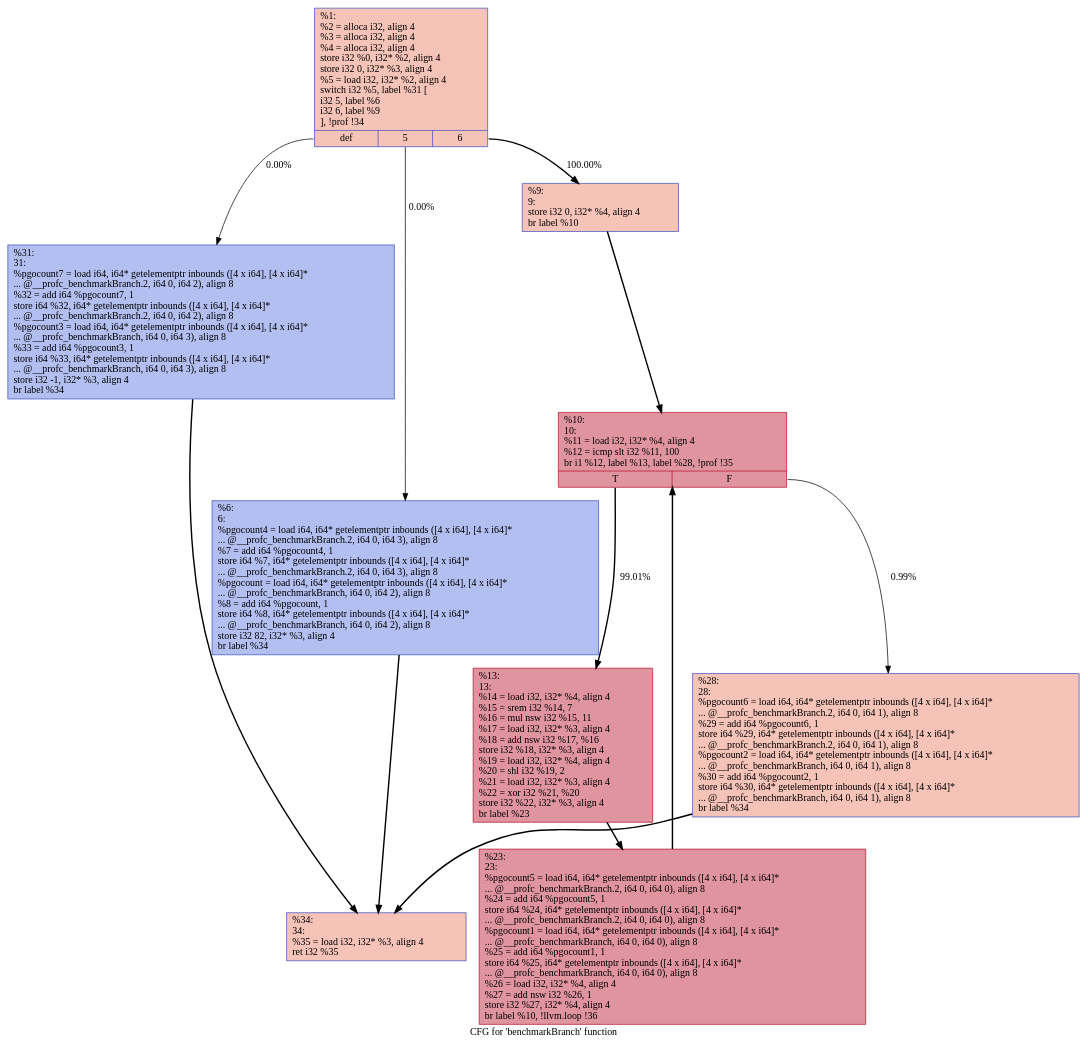
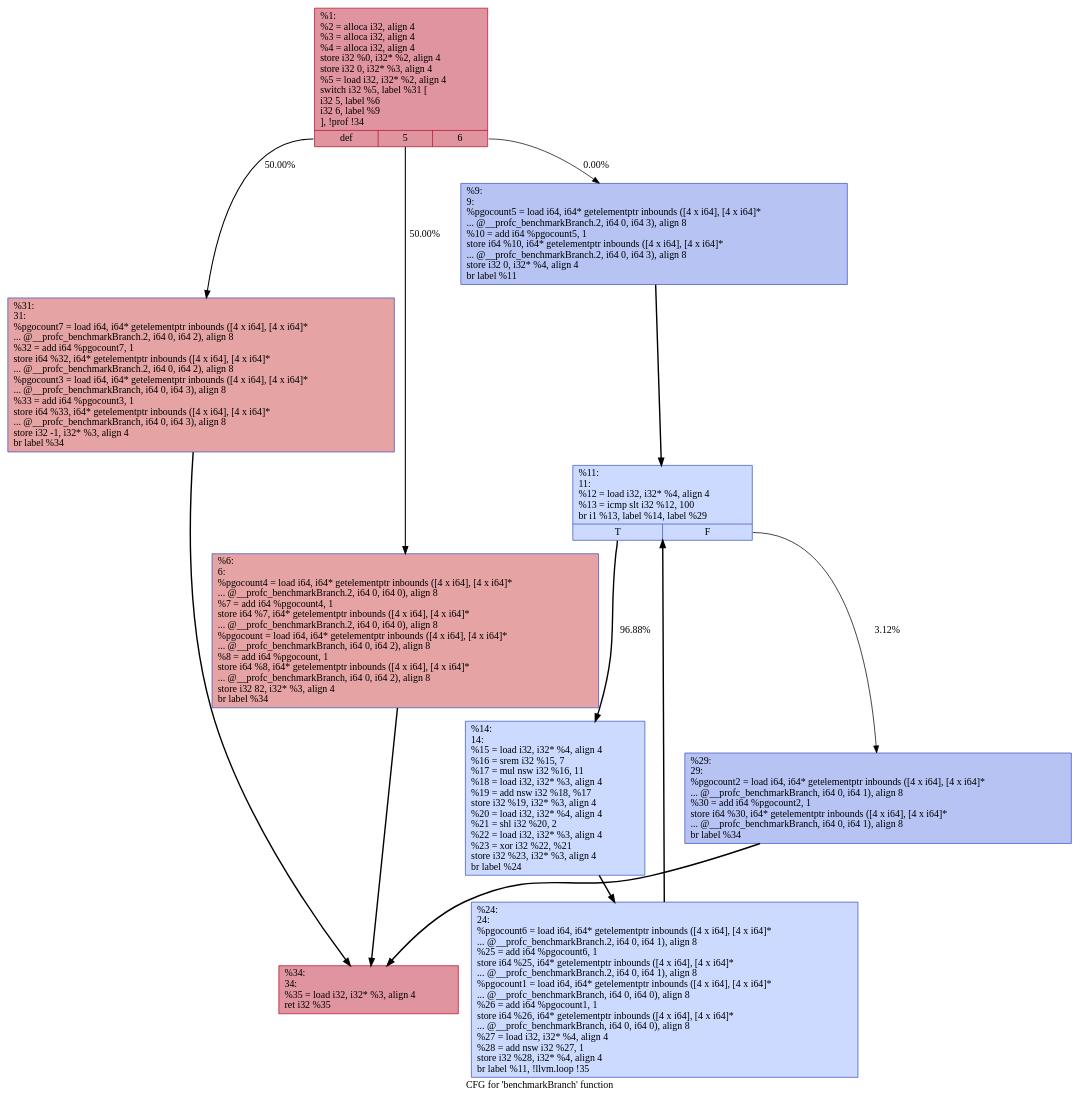
The diagram in benchmarks/correctness/dot/tmp/.benchmarkBranch.dot (rudrajyotiroy/mirrormaze), drawn with Graphviz before and after one commit. The commit also changed 7 other files, not shown here.

```diff
--- a/benchmarks/correctness/dot/tmp/.benchmarkBranch.dot
+++ b/benchmarks/correctness/dot/tmp/.benchmarkBranch.dot
@@ -1,24 +1,24 @@
 digraph "CFG for 'benchmarkBranch' function" {
 	label="CFG for 'benchmarkBranch' function";
 
-	Node0x55e2c4dbb130 [shape=record,color="#3d50c3ff", style=filled, fillcolor="#e8765c70",label="{%1:\l  %2 = alloca i32, align 4\l  %3 = alloca i32, align 4\l  %4 = alloca i32, align 4\l  store i32 %0, i32* %2, align 4\l  store i32 0, i32* %3, align 4\l  %5 = load i32, i32* %2, align 4\l  switch i32 %5, label %31 [\l    i32 5, label %6\l    i32 6, label %9\l  ], !prof !34\l|{<s0>def|<s1>5|<s2>6}}"];
-	Node0x55e2c4dbb130:s0 -> Node0x55e2c4dbb360[label="0.00%" penwidth=1.00];
-	Node0x55e2c4dbb130:s1 -> Node0x55e2c4dbb180[label="0.00%" penwidth=1.00];
-	Node0x55e2c4dbb130:s2 -> Node0x55e2c4dbb1d0[label="100.00%" penwidth=2.00];
-	Node0x55e2c4dbb180 [shape=record,color="#3d50c3ff", style=filled, fillcolor="#536edd70",label="{%6:\l6:                                                \l  %pgocount4 = load i64, i64* getelementptr inbounds ([4 x i64], [4 x i64]*\l... @__profc_benchmarkBranch.2, i64 0, i64 3), align 8\l  %7 = add i64 %pgocount4, 1\l  store i64 %7, i64* getelementptr inbounds ([4 x i64], [4 x i64]*\l... @__profc_benchmarkBranch.2, i64 0, i64 3), align 8\l  %pgocount = load i64, i64* getelementptr inbounds ([4 x i64], [4 x i64]*\l... @__profc_benchmarkBranch, i64 0, i64 2), align 8\l  %8 = add i64 %pgocount, 1\l  store i64 %8, i64* getelementptr inbounds ([4 x i64], [4 x i64]*\l... @__profc_benchmarkBranch, i64 0, i64 2), align 8\l  store i32 82, i32* %3, align 4\l  br label %34\l}"];
-	Node0x55e2c4dbb180 -> Node0x55e2c4dbb3b0[penwidth=2];
-	Node0x55e2c4dbb1d0 [shape=record,color="#3d50c3ff", style=filled, fillcolor="#e8765c70",label="{%9:\l9:                                                \l  store i32 0, i32* %4, align 4\l  br label %10\l}"];
-	Node0x55e2c4dbb1d0 -> Node0x55e2c4dbb220[penwidth=2];
-	Node0x55e2c4dbb220 [shape=record,color="#b70d28ff", style=filled, fillcolor="#b70d2870",label="{%10:\l10:                                               \l  %11 = load i32, i32* %4, align 4\l  %12 = icmp slt i32 %11, 100\l  br i1 %12, label %13, label %28, !prof !35\l|{<s0>T|<s1>F}}"];
-	Node0x55e2c4dbb220:s0 -> Node0x55e2c4dbb270[label="99.01%" penwidth=1.99];
-	Node0x55e2c4dbb220:s1 -> Node0x55e2c4dbb310[label="0.99%" penwidth=1.01];
-	Node0x55e2c4dbb270 [shape=record,color="#b70d28ff", style=filled, fillcolor="#b70d2870",label="{%13:\l13:                                               \l  %14 = load i32, i32* %4, align 4\l  %15 = srem i32 %14, 7\l  %16 = mul nsw i32 %15, 11\l  %17 = load i32, i32* %3, align 4\l  %18 = add nsw i32 %17, %16\l  store i32 %18, i32* %3, align 4\l  %19 = load i32, i32* %4, align 4\l  %20 = shl i32 %19, 2\l  %21 = load i32, i32* %3, align 4\l  %22 = xor i32 %21, %20\l  store i32 %22, i32* %3, align 4\l  br label %23\l}"];
-	Node0x55e2c4dbb270 -> Node0x55e2c4dbb2c0[penwidth=2];
-	Node0x55e2c4dbb2c0 [shape=record,color="#b70d28ff", style=filled, fillcolor="#b70d2870",label="{%23:\l23:                                               \l  %pgocount5 = load i64, i64* getelementptr inbounds ([4 x i64], [4 x i64]*\l... @__profc_benchmarkBranch.2, i64 0, i64 0), align 8\l  %24 = add i64 %pgocount5, 1\l  store i64 %24, i64* getelementptr inbounds ([4 x i64], [4 x i64]*\l... @__profc_benchmarkBranch.2, i64 0, i64 0), align 8\l  %pgocount1 = load i64, i64* getelementptr inbounds ([4 x i64], [4 x i64]*\l... @__profc_benchmarkBranch, i64 0, i64 0), align 8\l  %25 = add i64 %pgocount1, 1\l  store i64 %25, i64* getelementptr inbounds ([4 x i64], [4 x i64]*\l... @__profc_benchmarkBranch, i64 0, i64 0), align 8\l  %26 = load i32, i32* %4, align 4\l  %27 = add nsw i32 %26, 1\l  store i32 %27, i32* %4, align 4\l  br label %10, !llvm.loop !36\l}"];
-	Node0x55e2c4dbb2c0 -> Node0x55e2c4dbb220[penwidth=2];
-	Node0x55e2c4dbb310 [shape=record,color="#3d50c3ff", style=filled, fillcolor="#e8765c70",label="{%28:\l28:                                               \l  %pgocount6 = load i64, i64* getelementptr inbounds ([4 x i64], [4 x i64]*\l... @__profc_benchmarkBranch.2, i64 0, i64 1), align 8\l  %29 = add i64 %pgocount6, 1\l  store i64 %29, i64* getelementptr inbounds ([4 x i64], [4 x i64]*\l... @__profc_benchmarkBranch.2, i64 0, i64 1), align 8\l  %pgocount2 = load i64, i64* getelementptr inbounds ([4 x i64], [4 x i64]*\l... @__profc_benchmarkBranch, i64 0, i64 1), align 8\l  %30 = add i64 %pgocount2, 1\l  store i64 %30, i64* getelementptr inbounds ([4 x i64], [4 x i64]*\l... @__profc_benchmarkBranch, i64 0, i64 1), align 8\l  br label %34\l}"];
-	Node0x55e2c4dbb310 -> Node0x55e2c4dbb3b0[penwidth=2];
-	Node0x55e2c4dbb360 [shape=record,color="#3d50c3ff", style=filled, fillcolor="#536edd70",label="{%31:\l31:                                               \l  %pgocount7 = load i64, i64* getelementptr inbounds ([4 x i64], [4 x i64]*\l... @__profc_benchmarkBranch.2, i64 0, i64 2), align 8\l  %32 = add i64 %pgocount7, 1\l  store i64 %32, i64* getelementptr inbounds ([4 x i64], [4 x i64]*\l... @__profc_benchmarkBranch.2, i64 0, i64 2), align 8\l  %pgocount3 = load i64, i64* getelementptr inbounds ([4 x i64], [4 x i64]*\l... @__profc_benchmarkBranch, i64 0, i64 3), align 8\l  %33 = add i64 %pgocount3, 1\l  store i64 %33, i64* getelementptr inbounds ([4 x i64], [4 x i64]*\l... @__profc_benchmarkBranch, i64 0, i64 3), align 8\l  store i32 -1, i32* %3, align 4\l  br label %34\l}"];
-	Node0x55e2c4dbb360 -> Node0x55e2c4dbb3b0[penwidth=2];
-	Node0x55e2c4dbb3b0 [shape=record,color="#3d50c3ff", style=filled, fillcolor="#e8765c70",label="{%34:\l34:                                               \l  %35 = load i32, i32* %3, align 4\l  ret i32 %35\l}"];
+	Node0x55a2edcd3580 [shape=record,color="#b70d28ff", style=filled, fillcolor="#b70d2870",label="{%1:\l  %2 = alloca i32, align 4\l  %3 = alloca i32, align 4\l  %4 = alloca i32, align 4\l  store i32 %0, i32* %2, align 4\l  store i32 0, i32* %3, align 4\l  %5 = load i32, i32* %2, align 4\l  switch i32 %5, label %31 [\l    i32 5, label %6\l    i32 6, label %9\l  ], !prof !34\l|{<s0>def|<s1>5|<s2>6}}"];
+	Node0x55a2edcd3580:s0 -> Node0x55a2edcd37b0[label="50.00%" penwidth=1.50];
+	Node0x55a2edcd3580:s1 -> Node0x55a2edcd35d0[label="50.00%" penwidth=1.50];
+	Node0x55a2edcd3580:s2 -> Node0x55a2edcd3620[label="0.00%" penwidth=1.00];
+	Node0x55a2edcd35d0 [shape=record,color="#3d50c3ff", style=filled, fillcolor="#c32e3170",label="{%6:\l6:                                                \l  %pgocount4 = load i64, i64* getelementptr inbounds ([4 x i64], [4 x i64]*\l... @__profc_benchmarkBranch.2, i64 0, i64 0), align 8\l  %7 = add i64 %pgocount4, 1\l  store i64 %7, i64* getelementptr inbounds ([4 x i64], [4 x i64]*\l... @__profc_benchmarkBranch.2, i64 0, i64 0), align 8\l  %pgocount = load i64, i64* getelementptr inbounds ([4 x i64], [4 x i64]*\l... @__profc_benchmarkBranch, i64 0, i64 2), align 8\l  %8 = add i64 %pgocount, 1\l  store i64 %8, i64* getelementptr inbounds ([4 x i64], [4 x i64]*\l... @__profc_benchmarkBranch, i64 0, i64 2), align 8\l  store i32 82, i32* %3, align 4\l  br label %34\l}"];
+	Node0x55a2edcd35d0 -> Node0x55a2edcd3800[penwidth=2];
+	Node0x55a2edcd3620 [shape=record,color="#3d50c3ff", style=filled, fillcolor="#5977e370",label="{%9:\l9:                                                \l  %pgocount5 = load i64, i64* getelementptr inbounds ([4 x i64], [4 x i64]*\l... @__profc_benchmarkBranch.2, i64 0, i64 3), align 8\l  %10 = add i64 %pgocount5, 1\l  store i64 %10, i64* getelementptr inbounds ([4 x i64], [4 x i64]*\l... @__profc_benchmarkBranch.2, i64 0, i64 3), align 8\l  store i32 0, i32* %4, align 4\l  br label %11\l}"];
+	Node0x55a2edcd3620 -> Node0x55a2edcd3670[penwidth=2];
+	Node0x55a2edcd3670 [shape=record,color="#3d50c3ff", style=filled, fillcolor="#88abfd70",label="{%11:\l11:                                               \l  %12 = load i32, i32* %4, align 4\l  %13 = icmp slt i32 %12, 100\l  br i1 %13, label %14, label %29\l|{<s0>T|<s1>F}}"];
+	Node0x55a2edcd3670:s0 -> Node0x55a2edcd36c0[label="96.88%" penwidth=1.97];
+	Node0x55a2edcd3670:s1 -> Node0x55a2edcd3760[label="3.12%" penwidth=1.03];
+	Node0x55a2edcd36c0 [shape=record,color="#3d50c3ff", style=filled, fillcolor="#88abfd70",label="{%14:\l14:                                               \l  %15 = load i32, i32* %4, align 4\l  %16 = srem i32 %15, 7\l  %17 = mul nsw i32 %16, 11\l  %18 = load i32, i32* %3, align 4\l  %19 = add nsw i32 %18, %17\l  store i32 %19, i32* %3, align 4\l  %20 = load i32, i32* %4, align 4\l  %21 = shl i32 %20, 2\l  %22 = load i32, i32* %3, align 4\l  %23 = xor i32 %22, %21\l  store i32 %23, i32* %3, align 4\l  br label %24\l}"];
+	Node0x55a2edcd36c0 -> Node0x55a2edcd3710[penwidth=2];
+	Node0x55a2edcd3710 [shape=record,color="#3d50c3ff", style=filled, fillcolor="#88abfd70",label="{%24:\l24:                                               \l  %pgocount6 = load i64, i64* getelementptr inbounds ([4 x i64], [4 x i64]*\l... @__profc_benchmarkBranch.2, i64 0, i64 1), align 8\l  %25 = add i64 %pgocount6, 1\l  store i64 %25, i64* getelementptr inbounds ([4 x i64], [4 x i64]*\l... @__profc_benchmarkBranch.2, i64 0, i64 1), align 8\l  %pgocount1 = load i64, i64* getelementptr inbounds ([4 x i64], [4 x i64]*\l... @__profc_benchmarkBranch, i64 0, i64 0), align 8\l  %26 = add i64 %pgocount1, 1\l  store i64 %26, i64* getelementptr inbounds ([4 x i64], [4 x i64]*\l... @__profc_benchmarkBranch, i64 0, i64 0), align 8\l  %27 = load i32, i32* %4, align 4\l  %28 = add nsw i32 %27, 1\l  store i32 %28, i32* %4, align 4\l  br label %11, !llvm.loop !35\l}"];
+	Node0x55a2edcd3710 -> Node0x55a2edcd3670[penwidth=2];
+	Node0x55a2edcd3760 [shape=record,color="#3d50c3ff", style=filled, fillcolor="#5977e370",label="{%29:\l29:                                               \l  %pgocount2 = load i64, i64* getelementptr inbounds ([4 x i64], [4 x i64]*\l... @__profc_benchmarkBranch, i64 0, i64 1), align 8\l  %30 = add i64 %pgocount2, 1\l  store i64 %30, i64* getelementptr inbounds ([4 x i64], [4 x i64]*\l... @__profc_benchmarkBranch, i64 0, i64 1), align 8\l  br label %34\l}"];
+	Node0x55a2edcd3760 -> Node0x55a2edcd3800[penwidth=2];
+	Node0x55a2edcd37b0 [shape=record,color="#3d50c3ff", style=filled, fillcolor="#c32e3170",label="{%31:\l31:                                               \l  %pgocount7 = load i64, i64* getelementptr inbounds ([4 x i64], [4 x i64]*\l... @__profc_benchmarkBranch.2, i64 0, i64 2), align 8\l  %32 = add i64 %pgocount7, 1\l  store i64 %32, i64* getelementptr inbounds ([4 x i64], [4 x i64]*\l... @__profc_benchmarkBranch.2, i64 0, i64 2), align 8\l  %pgocount3 = load i64, i64* getelementptr inbounds ([4 x i64], [4 x i64]*\l... @__profc_benchmarkBranch, i64 0, i64 3), align 8\l  %33 = add i64 %pgocount3, 1\l  store i64 %33, i64* getelementptr inbounds ([4 x i64], [4 x i64]*\l... @__profc_benchmarkBranch, i64 0, i64 3), align 8\l  store i32 -1, i32* %3, align 4\l  br label %34\l}"];
+	Node0x55a2edcd37b0 -> Node0x55a2edcd3800[penwidth=2];
+	Node0x55a2edcd3800 [shape=record,color="#b70d28ff", style=filled, fillcolor="#b70d2870",label="{%34:\l34:                                               \l  %35 = load i32, i32* %3, align 4\l  ret i32 %35\l}"];
 }
```
